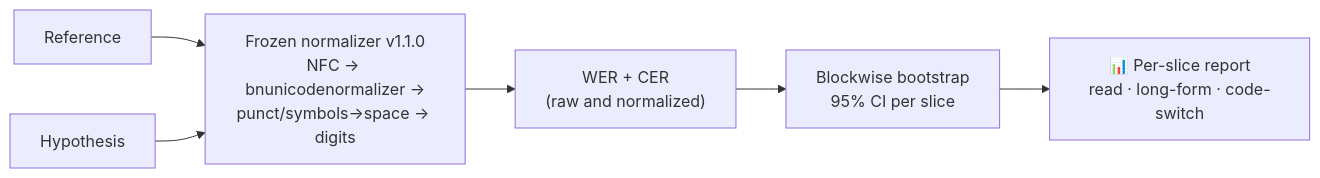
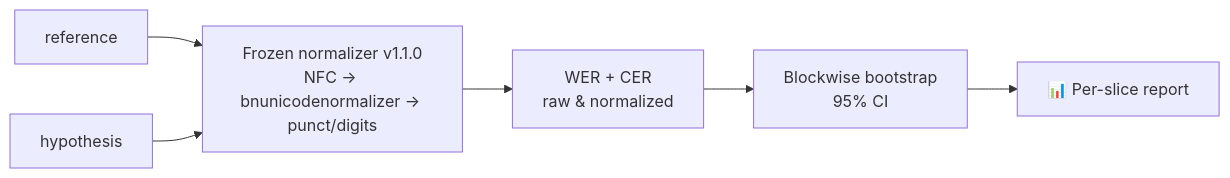
One commit to urmeo/shono changed the second of 3 diagrams in README.md. Above: the diagram before and after it, drawn with Mermaid. The commit also changed other lines of this file and 18 other files, not shown here.

````diff
--- a/README.md
+++ b/README.md
@@ -28,8 +28,8 @@
 ```mermaid
 flowchart LR
-    R["Reference"] --> N["Frozen normalizer v1.1.0<br/>NFC → bnunicodenormalizer →<br/>punct/symbols→space → digits"]
-    Y["Hypothesis"] --> N
-    N --> S["WER + CER<br/>(raw and normalized)"]
-    S --> CI["Blockwise bootstrap<br/>95% CI per slice"]
-    CI --> P["📊 Per-slice report<br/>read · long-form · code-switch"]
+    R["reference"] --> N["Frozen normalizer v1.1.0<br/>NFC → bnunicodenormalizer → punct/digits"]
+    H["hypothesis"] --> N
+    N --> S["WER + CER<br/>raw & normalized"]
+    S --> CI["Blockwise bootstrap<br/>95% CI"]
+    CI --> P["📊 Per-slice report"]
 ```
````
